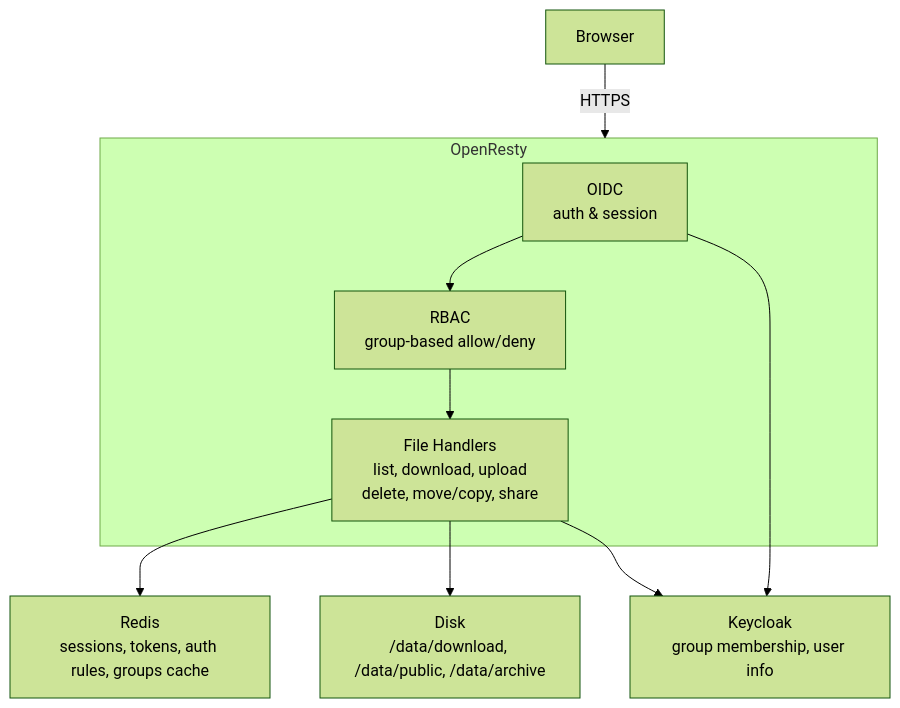
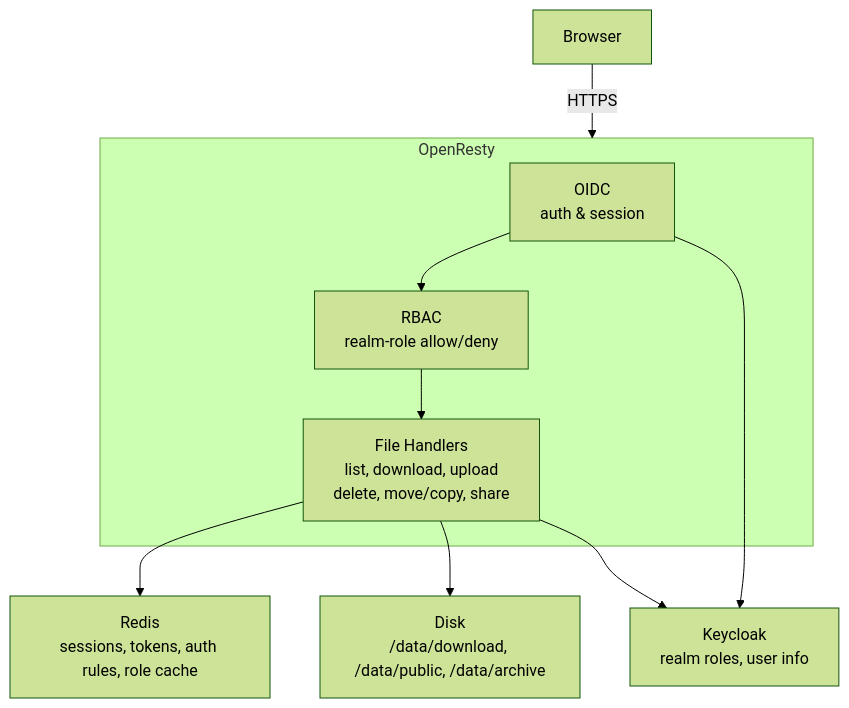
One commit to xinnj/iDO-Files changed the diagram in README.md. Above: the diagram before and after it, drawn with Mermaid (forest theme). The commit also changed other lines of this file and 23 other files, not shown here.

````diff
--- a/README.md
+++ b/README.md
@@ -208,17 +231,17 @@
 ```mermaid
 flowchart TD
     Browser[Browser] -->|HTTPS| Nginx
 
     subgraph Nginx[OpenResty]
         OIDC[OIDC<br/>auth & session]
-        RBAC[RBAC<br/>group-based allow/deny]
+        RBAC[RBAC<br/>realm-role allow/deny]
         Handlers[File Handlers<br/>list, download, upload<br/>delete, move/copy, share]
         OIDC --> RBAC --> Handlers
     end
 
-    Handlers --> Redis[Redis<br/>sessions, tokens, auth rules, groups cache]
+    Handlers --> Redis[Redis<br/>sessions, tokens, auth rules, role cache]
     Handlers --> Disk[Disk<br/>/data/download, /data/public, /data/archive]
 
-    Handlers --> Keycloak[Keycloak<br/>group membership, user info]
+    Handlers --> Keycloak[Keycloak<br/>realm roles, user info]
     OIDC --> Keycloak
 ```
````
